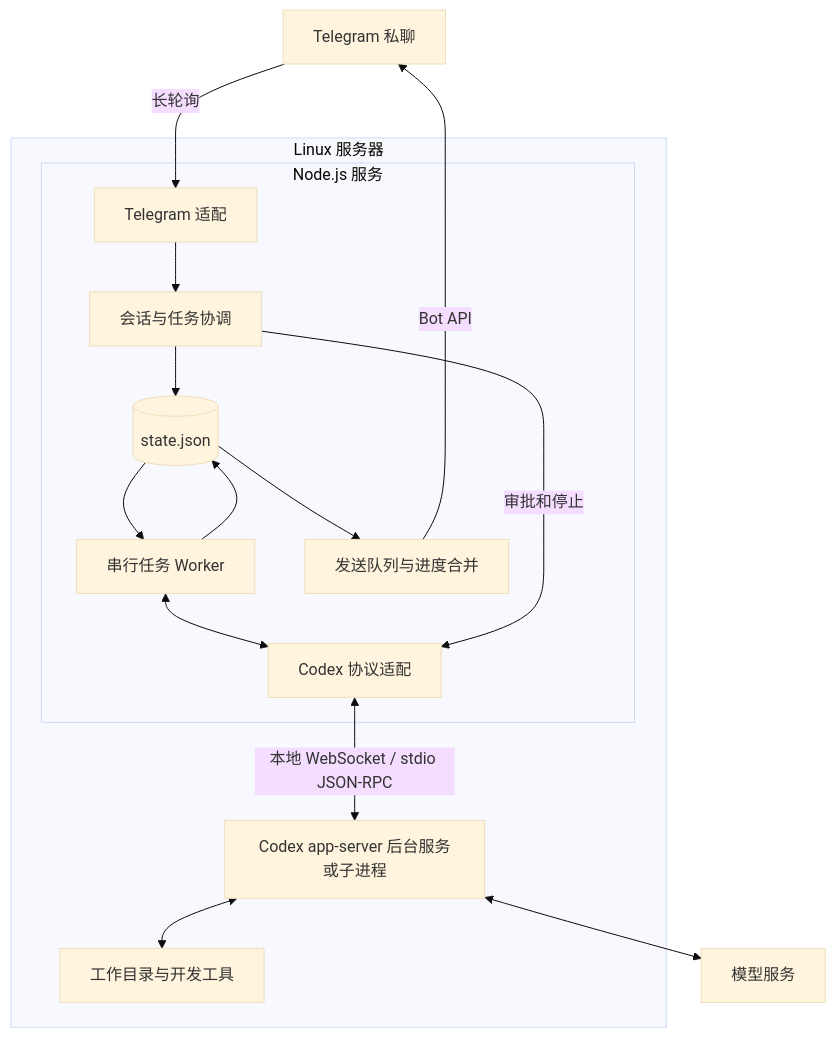
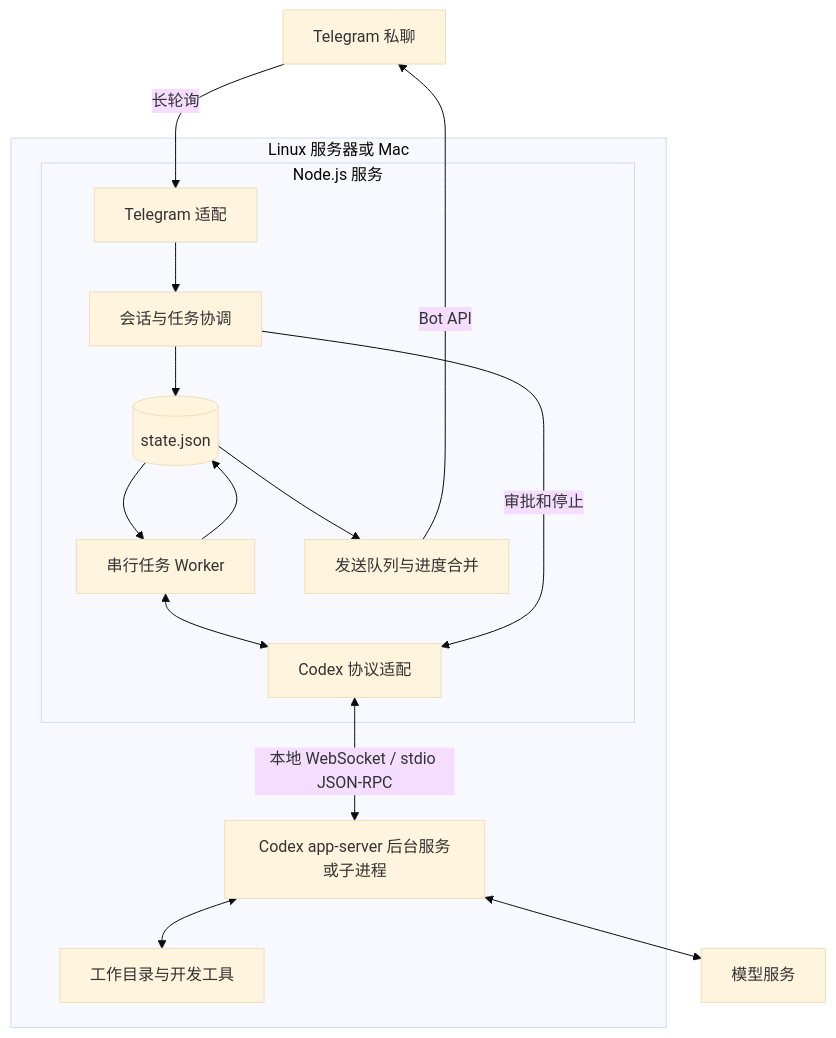
One commit to chaoyue1998/tellrun changed the diagram in docs/architecture.md. Above: the diagram before and after it, drawn with Mermaid (base theme). The commit also changed other lines of this file and 8 other files, not shown here.

````diff
--- a/docs/architecture.md
+++ b/docs/architecture.md
@@ -25,28 +25,28 @@
 ```mermaid
 flowchart TB
     TG["Telegram 私聊"]
-    subgraph SERVER["Linux 服务器"]
+    subgraph SERVER["Linux 服务器或 Mac"]
         subgraph APP["Node.js 服务"]
             IN["Telegram 适配"]
             CORE["会话与任务协调"]
             STATE[("state.json")]
             WORKER["串行任务 Worker"]
             RPC["Codex 协议适配"]
             OUT["发送队列与进度合并"]
             IN --> CORE
             CORE --> STATE
             STATE --> WORKER
             WORKER <--> RPC
             CORE -->|"审批和停止"| RPC
             WORKER --> STATE
             STATE --> OUT
         end
         CODEX["Codex app-server 后台服务或子进程"]
         FILES["工作目录与开发工具"]
         RPC <-->|"本地 WebSocket / stdio JSON-RPC"| CODEX
         CODEX <--> FILES
     end
     TG -->|"长轮询"| IN
     OUT -->|"Bot API"| TG
     CODEX <--> MODEL["模型服务"]
 ```
````
